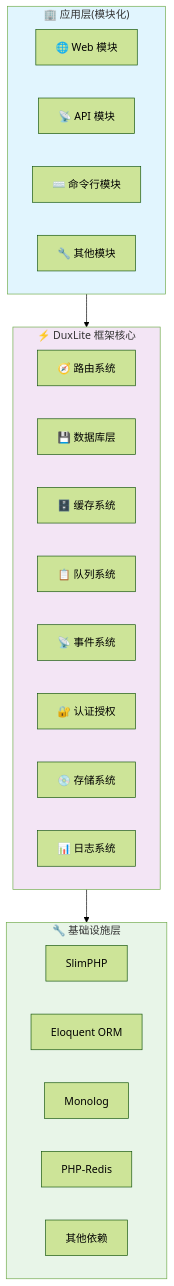
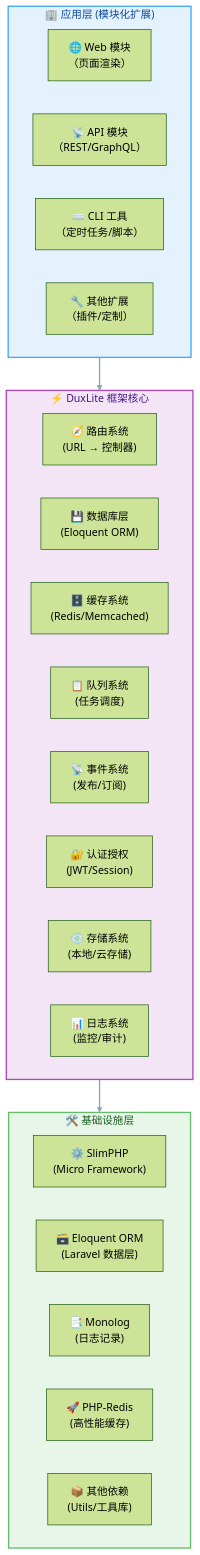
The diagram in README.md (duxweb/dux-lite), drawn with Mermaid (forest theme) before and after one commit.

````diff
--- a/README.md
+++ b/README.md
@@ -39,35 +39,52 @@
 ```mermaid
 flowchart TD
-    subgraph 应用层["🏢 应用层(模块化)"]
-        Web模块["🌐 Web 模块"]
-        API模块["📡 API 模块"]
-        命令行模块["⌨️ 命令行模块"]
-        其他模块["🔧 其他模块"]
+    %% =========================
+    %% 应用层
+    %% =========================
+    subgraph 应用层["🏢 应用层 (模块化扩展)"]
+        Web模块["🌐 Web 模块<br/>（页面渲染）"]
+        API模块["📡 API 模块<br/>（REST/GraphQL）"]
+        命令行模块["⌨️ CLI 工具<br/>（定时任务/脚本）"]
+        其他模块["🔧 其他扩展<br/>（插件/定制）"]
     end
 
+    %% =========================
+    %% 框架核心
+    %% =========================
     subgraph 框架核心["⚡ DuxLite 框架核心"]
-        路由系统["🧭 路由系统"]
-        数据库层["💾 数据库层"]
-        缓存系统["🗄️ 缓存系统"]
-        队列系统["📋 队列系统"]
-        事件系统["📡 事件系统"]
-        认证授权["🔐 认证授权"]
-        存储系统["💿 存储系统"]
-        日志系统["📊 日志系统"]
+        路由系统["🧭 路由系统<br/>(URL → 控制器)"]
+        数据库层["💾 数据库层<br/>(Eloquent ORM)"]
+        缓存系统["🗄️ 缓存系统<br/>(Redis/Memcached)"]
+        队列系统["📋 队列系统<br/>(任务调度)"]
+        事件系统["📡 事件系统<br/>(发布/订阅)"]
+        认证授权["🔐 认证授权<br/>(JWT/Session)"]
+        存储系统["💿 存储系统<br/>(本地/云存储)"]
+        日志系统["📊 日志系统<br/>(监控/审计)"]
     end
 
-    subgraph 基础设施["🔧 基础设施层"]
-        SlimPHP["SlimPHP"]
-        Eloquent["Eloquent ORM"]
-        Monolog["Monolog"]
-        PHPRedis["PHP-Redis"]
-        其他依赖["其他依赖"]
+    %% =========================
+    %% 基础设施
+    %% =========================
+    subgraph 基础设施["🛠️ 基础设施层"]
+        SlimPHP["⚙️ SlimPHP<br/>(Micro Framework)"]
+        Eloquent["🗃️ Eloquent ORM<br/>(Laravel 数据层)"]
+        Monolog["📑 Monolog<br/>(日志记录)"]
+        PHPRedis["🚀 PHP-Redis<br/>(高性能缓存)"]
+        其他依赖["📦 其他依赖<br/>(Utils/工具库)"]
     end
 
+    %% =========================
+    %% 连接关系
+    %% =========================
     应用层 --> 框架核心
     框架核心 --> 基础设施
 
-    style 应用层 fill:#e1f5fe
-    style 框架核心 fill:#f3e5f5
-    style 基础设施 fill:#e8f5e8
+    %% =========================
+    %% 样式美化
+    %% =========================
+    style 应用层 fill:#e3f2fd,stroke:#42a5f5,stroke-width:2px,color:#0d47a1
+    style 框架核心 fill:#f3e5f5,stroke:#ab47bc,stroke-width:2px,color:#4a148c
+    style 基础设施 fill:#e8f5e9,stroke:#66bb6a,stroke-width:2px,color:#1b5e20
+
+    linkStyle default stroke:#90a4ae,stroke-width:2px
 ```
````
